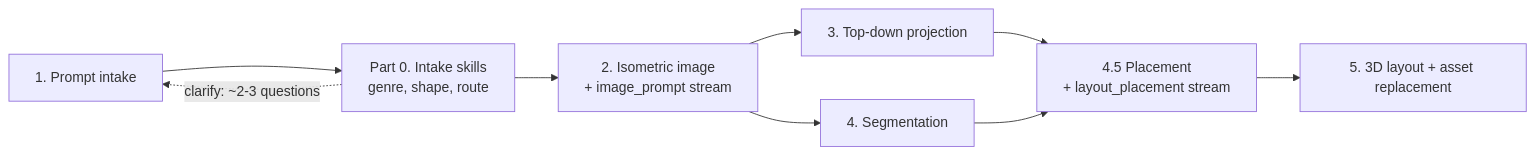
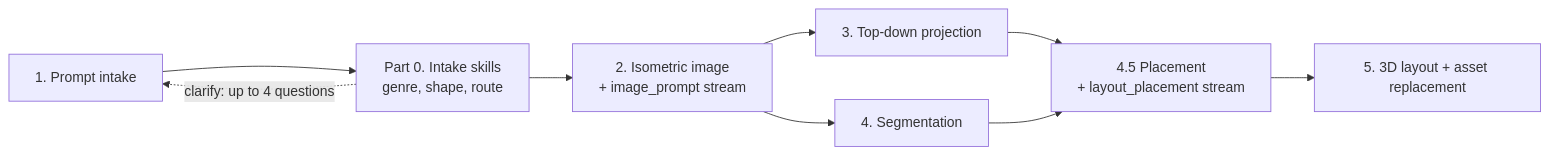
Before and after one commit to elaineh-rbx/genre_specific_layout_generator: the second of 5 diagrams in docs/LayoutGen - Pipeline.md, drawn with Mermaid. The commit also changed other lines of this file and 1901 other files, not shown here.

````diff
--- a/docs/LayoutGen - Pipeline.md
+++ b/docs/LayoutGen - Pipeline.md
@@ -141,11 +146,11 @@
 ```mermaid
 flowchart LR
     A[1. Prompt intake] --> S[Part 0. Intake skills<br/>genre, shape, route]
-    S -.->|"clarify: ~2-3 questions"| A
+    S -.->|"clarify: up to 4 questions"| A
     S --> B[2. Isometric image<br/>+ image_prompt stream]
     B --> C[3. Top-down projection]
     B --> D[4. Segmentation]
     C --> E[4.5 Placement<br/>+ layout_placement stream]
     D --> E
     E --> F[5. 3D layout + asset replacement]
 ```
````
